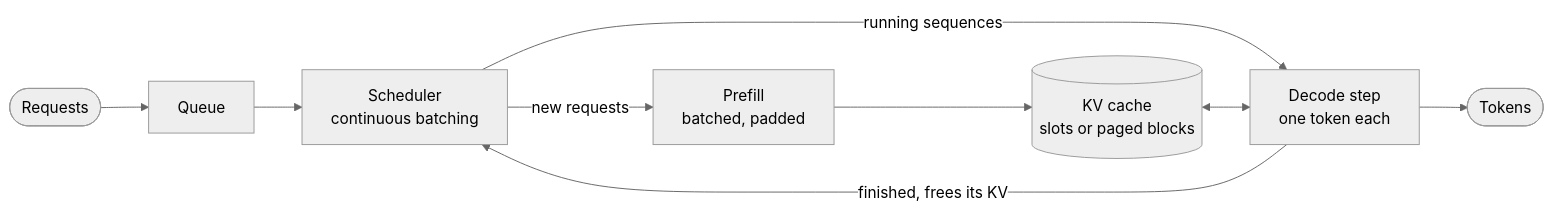
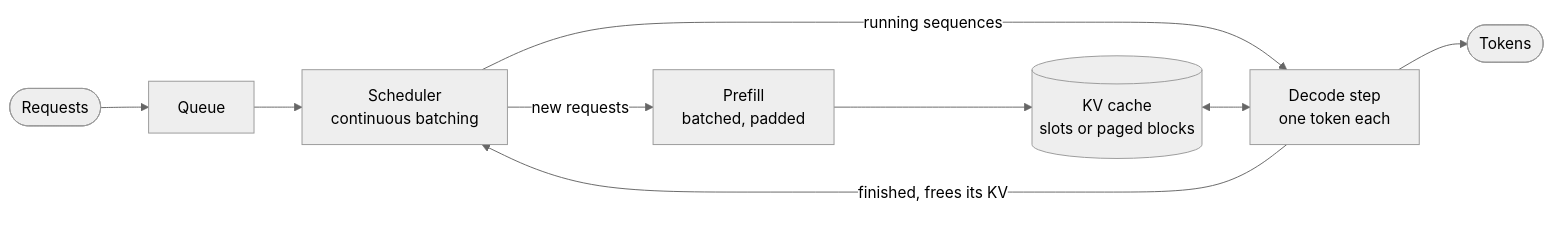
Before and after one commit to cooldip00/tiny-llm: the second of 4 diagrams in README.md, drawn with Mermaid (neutral theme). The commit also changed other lines of this file and 1 other file, not shown here.

First line of the commit message:
README: keep the GitHub zoom buttons off the diagrams' last boxes

````diff
--- a/README.md
+++ b/README.md
@@ -129,11 +132,14 @@
 ```mermaid
 flowchart LR
     req([Requests]) --> q[Queue]
     q --> sched["Scheduler<br/>continuous batching"]
     sched -->|new requests| prefill["Prefill<br/>batched, padded"]
     prefill --> kv[("KV cache<br/>slots or paged blocks")]
     sched -->|running sequences| decode["Decode step<br/>one token each"]
     kv <--> decode
     decode -->|finished, frees its KV| sched
     decode --> out([Tokens])
+    %% Invisible box: keeps the GitHub zoom buttons off the last node
+    decode ~~~ gap["<br/><br/><br/><br/>"]
+    style gap fill:none,stroke:none
 ```
````
